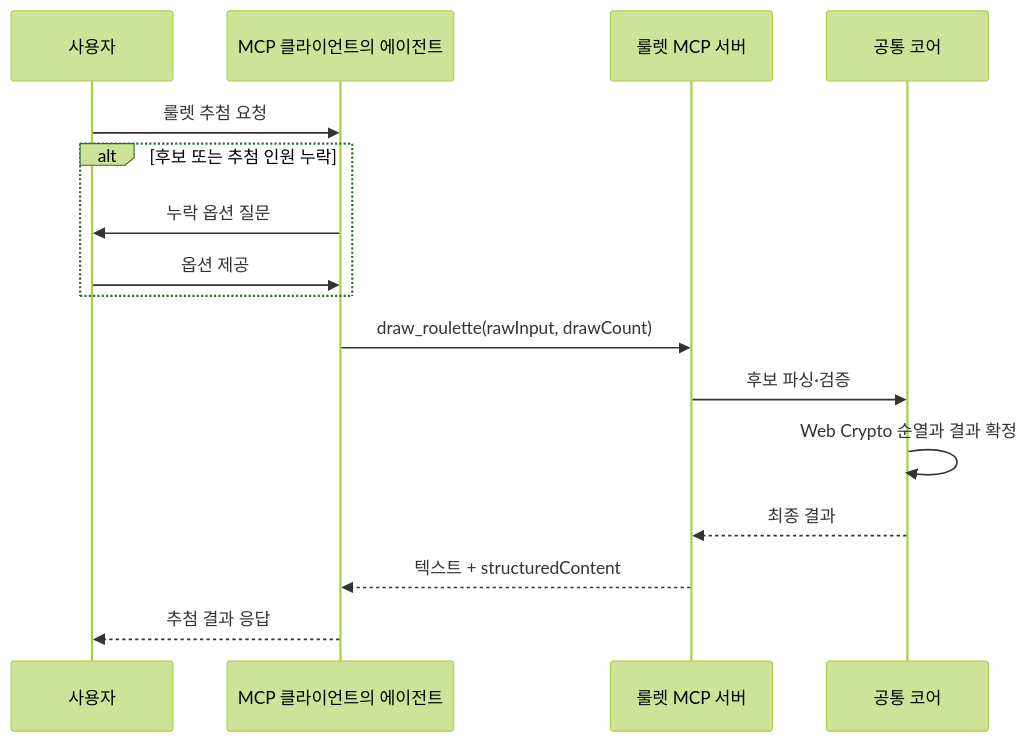
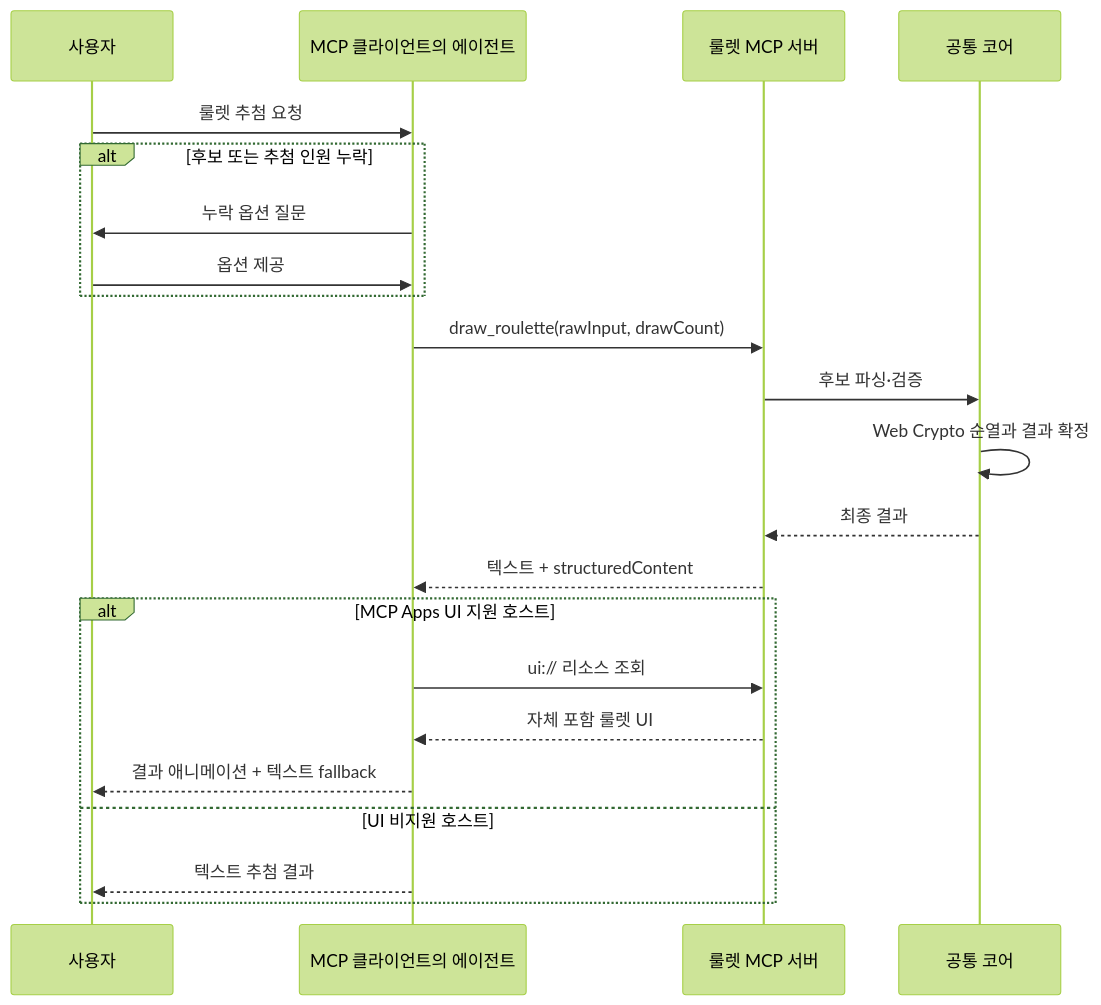
The second of 2 diagrams in docs/feature/remote-mcp/SPEC.md (tinywolf/roulette), drawn with Mermaid (forest theme) before and after one commit. The commit also changed other lines of this file and 25 other files, not shown here.

Commit message:
MCP Apps 룰렛 애니메이션을 원격 추첨 결과에 연동

````diff
--- a/docs/feature/remote-mcp/SPEC.md
+++ b/docs/feature/remote-mcp/SPEC.md
@@ -315,19 +367,25 @@
 ```mermaid
 sequenceDiagram
     participant U as 사용자
     participant A as MCP 클라이언트의 에이전트
     participant M as 룰렛 MCP 서버
     participant C as 공통 코어
 
     U->>A: 룰렛 추첨 요청
     alt 후보 또는 추첨 인원 누락
         A->>U: 누락 옵션 질문
         U->>A: 옵션 제공
     end
     A->>M: draw_roulette(rawInput, drawCount)
     M->>C: 후보 파싱·검증
     C->>C: Web Crypto 순열과 결과 확정
     C-->>M: 최종 결과
     M-->>A: 텍스트 + structuredContent
-    A-->>U: 추첨 결과 응답
+    alt MCP Apps UI 지원 호스트
+        A->>M: ui:// 리소스 조회
+        M-->>A: 자체 포함 룰렛 UI
+        A-->>U: 결과 애니메이션 + 텍스트 fallback
+    else UI 비지원 호스트
+        A-->>U: 텍스트 추첨 결과
+    end
 ```
````
